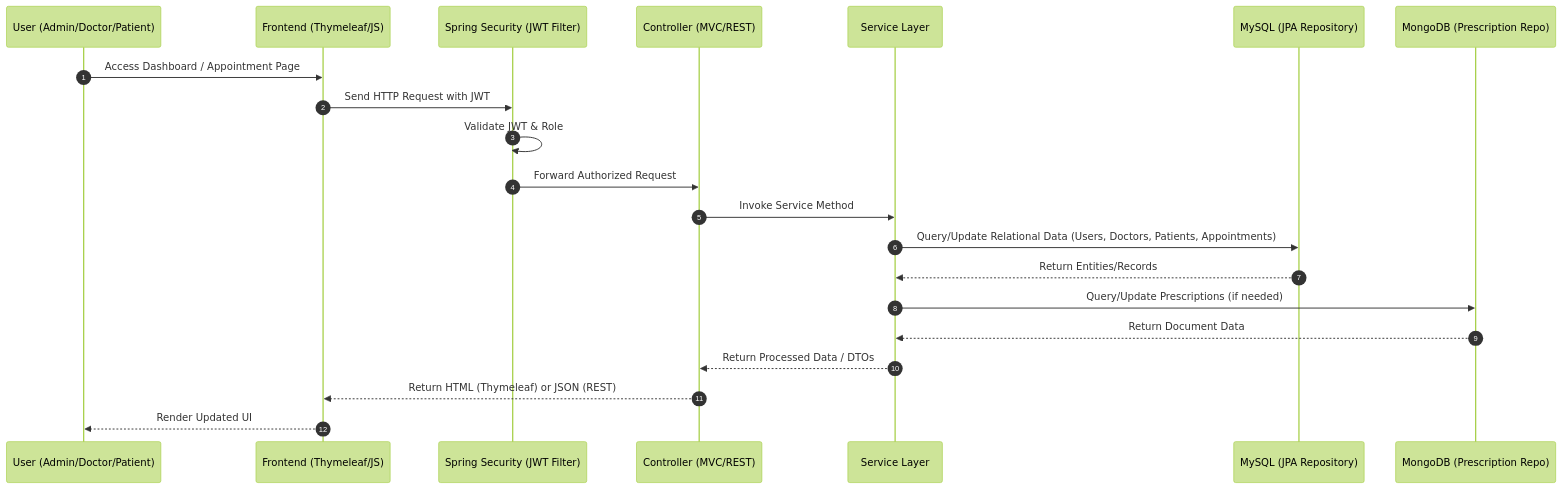
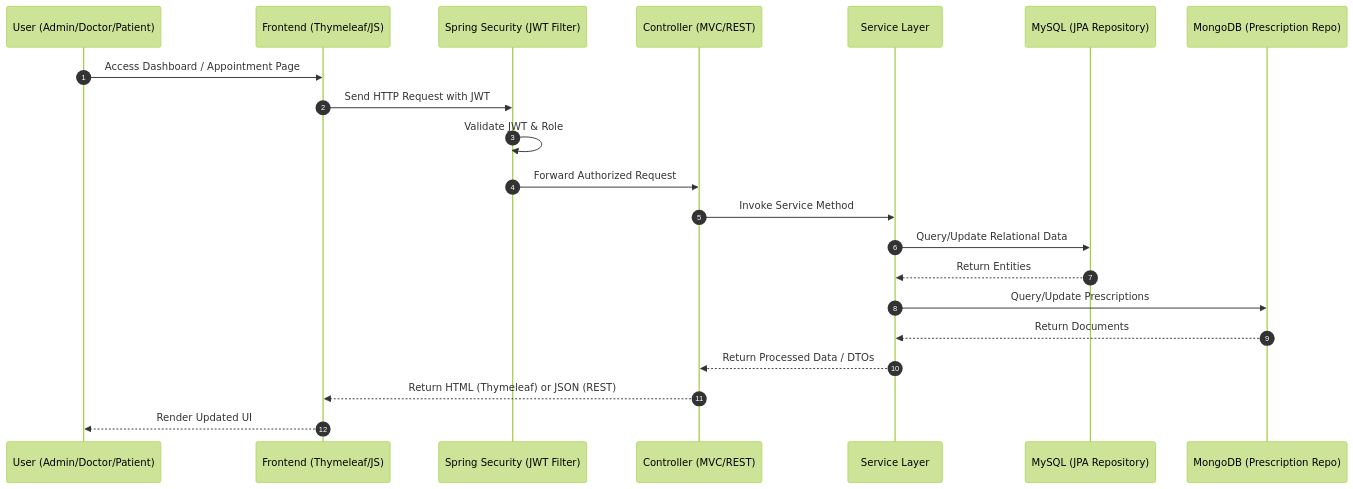
One commit to alexbalak21/java-database-capstone changed the first of 2 diagrams in schema-architecture.md. Above: the diagram before and after it, drawn with Mermaid (forest theme). The commit also changed other lines of this file and 2 other files, not shown here.

Commit message:
update on schema-architecture

````diff
--- a/schema-architecture.md
+++ b/schema-architecture.md
@@ -49,28 +49,28 @@
 ```mermaid
 sequenceDiagram
     autonumber
 
     participant U as User (Admin/Doctor/Patient)
     participant FE as Frontend (Thymeleaf/JS)
     participant SEC as Spring Security (JWT Filter)
     participant C as Controller (MVC/REST)
     participant S as Service Layer
     participant RDB as MySQL (JPA Repository)
     participant MDB as MongoDB (Prescription Repo)
 
     U->>FE: Access Dashboard / Appointment Page
     FE->>SEC: Send HTTP Request with JWT
     SEC->>SEC: Validate JWT & Role
     SEC->>C: Forward Authorized Request
 
     C->>S: Invoke Service Method
-    S->>RDB: Query/Update Relational Data (Users, Doctors, Patients, Appointments)
-    RDB-->>S: Return Entities/Records
+    S->>RDB: Query/Update Relational Data
+    RDB-->>S: Return Entities
 
-    S->>MDB: Query/Update Prescriptions (if needed)
-    MDB-->>S: Return Document Data
+    S->>MDB: Query/Update Prescriptions
+    MDB-->>S: Return Documents
 
     S-->>C: Return Processed Data / DTOs
     C-->>FE: Return HTML (Thymeleaf) or JSON (REST)
     FE-->>U: Render Updated UI
 ```
````
